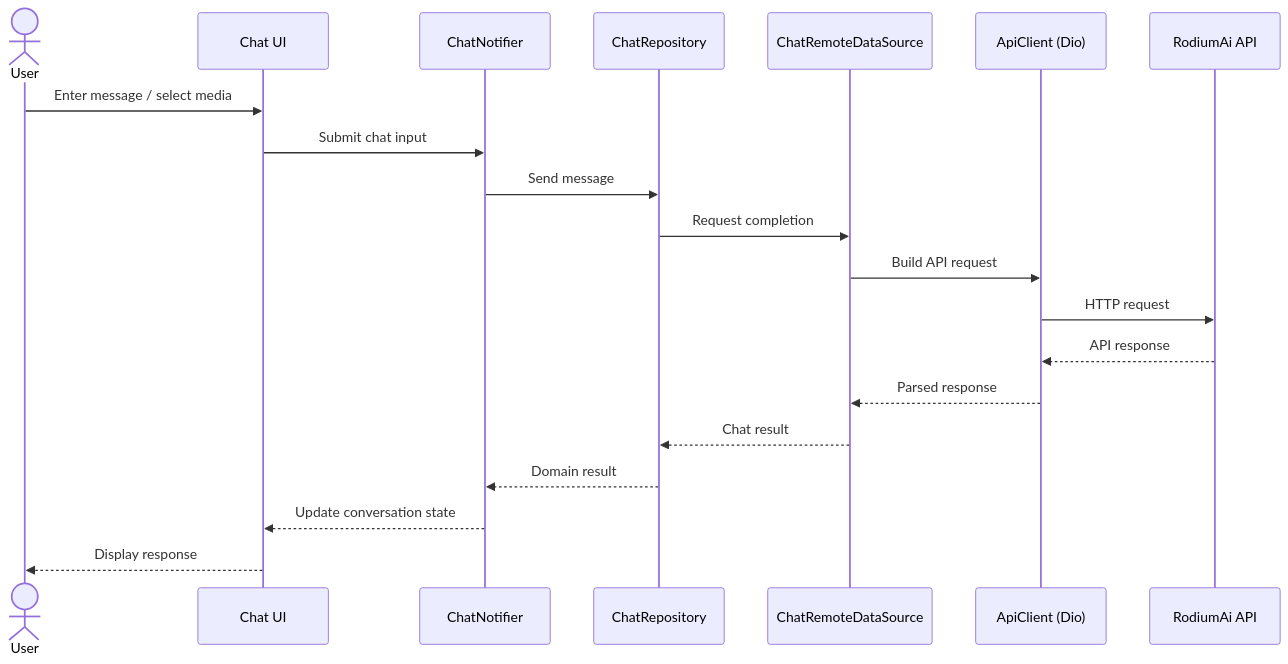
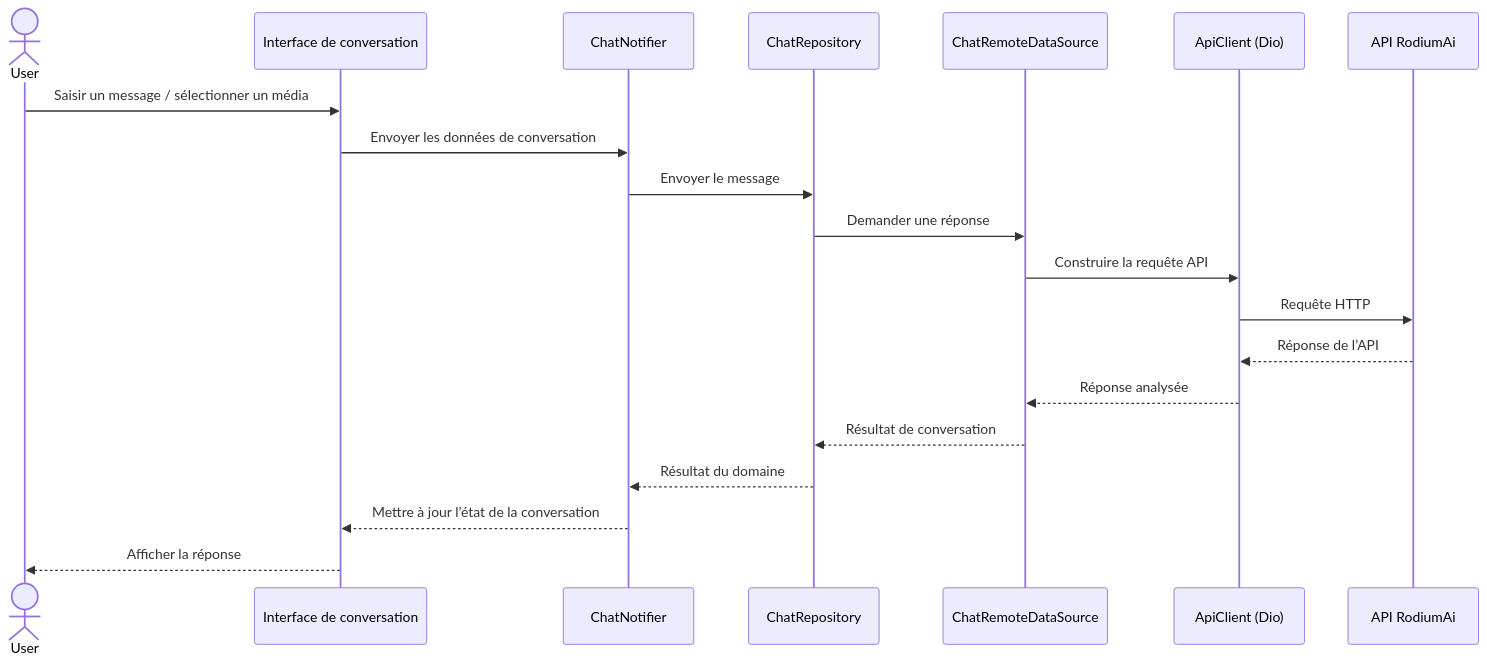
The second of 2 diagrams in README.md (justin2119/ChatRodi), drawn with Mermaid before and after one commit. The commit also changed other lines of this file, not shown here.

````diff
--- a/README.md
+++ b/README.md
@@ -43,23 +45,23 @@
 ```mermaid
 sequenceDiagram
   actor User
-  participant UI as Chat UI
+  participant UI as Interface de conversation
   participant Notifier as ChatNotifier
   participant Repository as ChatRepository
   participant DataSource as ChatRemoteDataSource
   participant Client as ApiClient (Dio)
-  participant API as RodiumAi API
+  participant API as API RodiumAi
 
-  User->>UI: Enter message / select media
-  UI->>Notifier: Submit chat input
-  Notifier->>Repository: Send message
-  Repository->>DataSource: Request completion
-  DataSource->>Client: Build API request
-  Client->>API: HTTP request
-  API-->>Client: API response
-  Client-->>DataSource: Parsed response
-  DataSource-->>Repository: Chat result
-  Repository-->>Notifier: Domain result
-  Notifier-->>UI: Update conversation state
-  UI-->>User: Display response
+  User->>UI: Saisir un message / sélectionner un média
+  UI->>Notifier: Envoyer les données de conversation
+  Notifier->>Repository: Envoyer le message
+  Repository->>DataSource: Demander une réponse
+  DataSource->>Client: Construire la requête API
+  Client->>API: Requête HTTP
+  API-->>Client: Réponse de l’API
+  Client-->>DataSource: Réponse analysée
+  DataSource-->>Repository: Résultat de conversation
+  Repository-->>Notifier: Résultat du domaine
+  Notifier-->>UI: Mettre à jour l’état de la conversation
+  UI-->>User: Afficher la réponse
 ```
````
